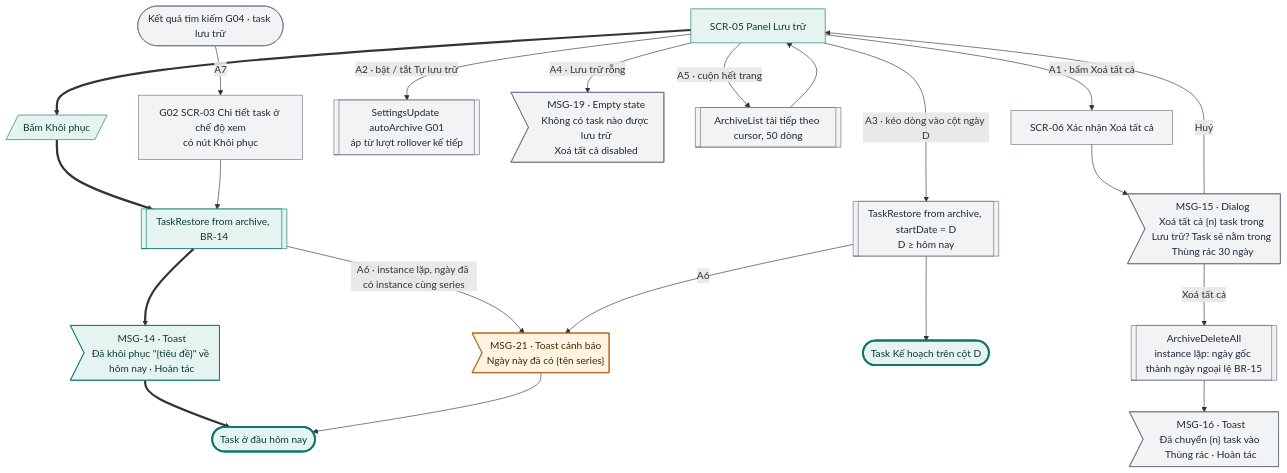
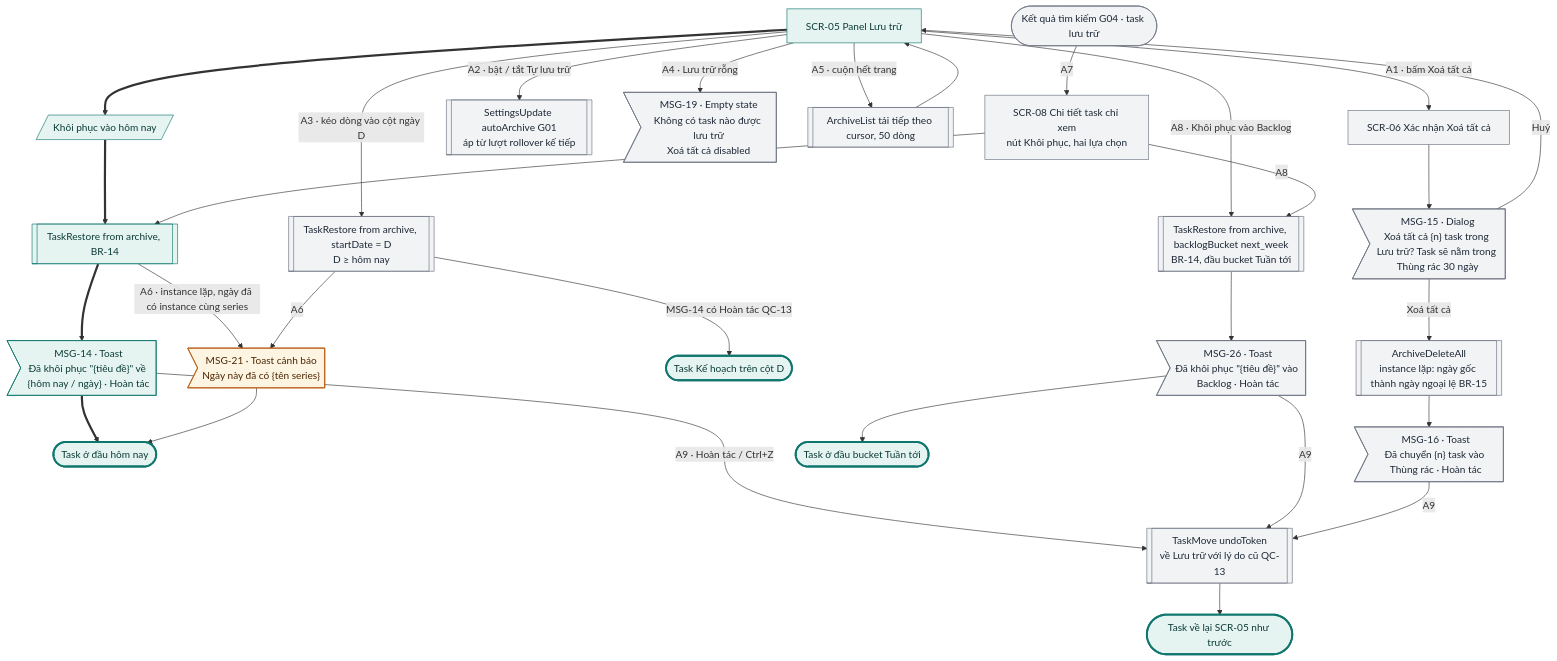
One commit to tannguyenho/personal-app changed diagram 15 of 18 in docs/design-brief/flow/g06-backlog-rollover.md. Above: the diagram before and after it, drawn with Mermaid. The commit also changed other lines of this file and 5 other files, not shown here.

First line of the commit message:
docs(G03, G06): áp quyết định PO 09/11 vào SRS, PRD, flow

````diff
--- a/docs/design-brief/flow/g06-backlog-rollover.md
+++ b/docs/design-brief/flow/g06-backlog-rollover.md
@@ -604,40 +615,48 @@
 ```mermaid
 flowchart TD
   s1["SCR-05 Panel Lưu trữ"]
-  u1[/"Bấm Khôi phục"/]
+  u1[/"Khôi phục vào hôm nay"/]
   p2[["TaskRestore from archive, BR-14"]]
-  m1>"MSG-14 · Toast<br/>Đã khôi phục #quot;{tiêu đề}#quot; về hôm nay · Hoàn tác"]
+  m1>"MSG-14 · Toast<br/>Đã khôi phục #quot;{tiêu đề}#quot; về {hôm nay / ngày} · Hoàn tác"]
   ok(["Task ở đầu hôm nay"])
   s1 ==> u1 ==> p2 ==> m1 ==> ok
 
   s1 -->|"A1 · bấm Xoá tất cả"| a1["SCR-06 Xác nhận Xoá tất cả"]
   a1 --> a1m>"MSG-15 · Dialog<br/>Xoá tất cả {n} task trong Lưu trữ? Task sẽ nằm trong Thùng rác 30 ngày"]
   a1m -->|"Huỷ"| s1
   a1m -->|"Xoá tất cả"| a1p[["ArchiveDeleteAll<br/>instance lặp: ngày gốc thành ngày ngoại lệ BR-15"]]
   a1p --> a1t>"MSG-16 · Toast<br/>Đã chuyển {n} task vào Thùng rác · Hoàn tác"]
   s1 -->|"A2 · bật / tắt Tự lưu trữ"| a2[["SettingsUpdate autoArchive G01<br/>áp từ lượt rollover kế tiếp"]]
   s1 -->|"A3 · kéo dòng vào cột ngày D"| a3[["TaskRestore from archive, startDate = D<br/>D ≥ hôm nay"]]
-  a3 --> a3e(["Task Kế hoạch trên cột D"])
+  a3 -->|"MSG-14 có Hoàn tác QC-13"| a3e(["Task Kế hoạch trên cột D"])
   s1 -->|"A4 · Lưu trữ rỗng"| a4m>"MSG-19 · Empty state<br/>Không có task nào được lưu trữ<br/>Xoá tất cả disabled"]
   s1 -->|"A5 · cuộn hết trang"| a5[["ArchiveList tải tiếp theo cursor, 50 dòng"]]
   a5 --> s1
   p2 -->|"A6 · instance lặp, ngày đã có instance cùng series"| a6m>"MSG-21 · Toast cảnh báo<br/>Ngày này đã có {tên series}"]
   a3 -->|"A6"| a6m
   a6m --> ok
-  a7s(["Kết quả tìm kiếm G04 · task lưu trữ"]) -->|"A7"| a7["G02 SCR-03 Chi tiết task ở chế độ xem<br/>có nút Khôi phục"]
+  a7s(["Kết quả tìm kiếm G04 · task lưu trữ"]) -->|"A7"| a7["SCR-08 Chi tiết task chỉ xem<br/>nút Khôi phục, hai lựa chọn"]
   a7 --> p2
+  s1 -->|"A8 · Khôi phục vào Backlog"| a8[["TaskRestore from archive, backlogBucket next_week<br/>BR-14, đầu bucket Tuần tới"]]
+  a7 -->|"A8"| a8
+  a8 --> a8m>"MSG-26 · Toast<br/>Đã khôi phục #quot;{tiêu đề}#quot; vào Backlog · Hoàn tác"]
+  a8m --> a8e(["Task ở đầu bucket Tuần tới"])
+  m1 -->|"A9 · Hoàn tác / Ctrl+Z"| a9[["TaskMove undoToken<br/>về Lưu trữ với lý do cũ QC-13"]]
+  a8m -->|"A9"| a9
+  a1t -->|"A9"| a9
+  a9 --> a9e(["Task về lại SCR-05 như trước"])
 
   class s1,u1,p2,m1 happy
-  class a1,a1m,a1p,a1t,a2,a3,a4m,a5,a7s,a7 alt
+  class a1,a1m,a1p,a1t,a2,a3,a4m,a5,a7s,a7,a8,a8m,a9 alt
   class a6m warn
-  class ok,a3e done
+  class ok,a3e,a8e,a9e done
   classDef happy fill:#E6F4F1,stroke:#0F766E,color:#0B3B36
   classDef alt fill:#F1F3F5,stroke:#6B7280,color:#1F2937
   classDef err fill:#FDECEC,stroke:#B42318,color:#5C1010
   classDef warn fill:#FEF4E2,stroke:#B45309,color:#4A2604
   classDef ai fill:#F1ECFD,stroke:#6D28D9,color:#2E1065
   classDef sync fill:#FFFFFF,stroke:#6B7280,stroke-dasharray:4 3,color:#1F2937
   classDef link fill:#FFFFFF,stroke:#0F766E,stroke-dasharray:4 3,color:#0B3B36
   classDef done fill:#E6F4F1,stroke:#0F766E,stroke-width:3px,color:#0B3B36
   classDef fail fill:#FDECEC,stroke:#B42318,stroke-width:3px,color:#5C1010
 ```
````
